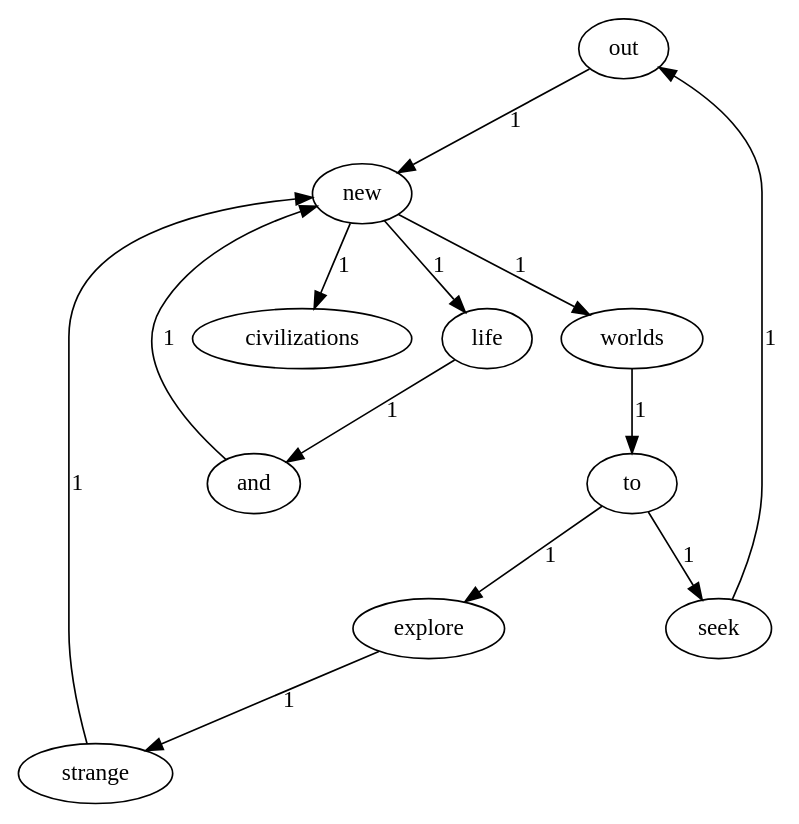
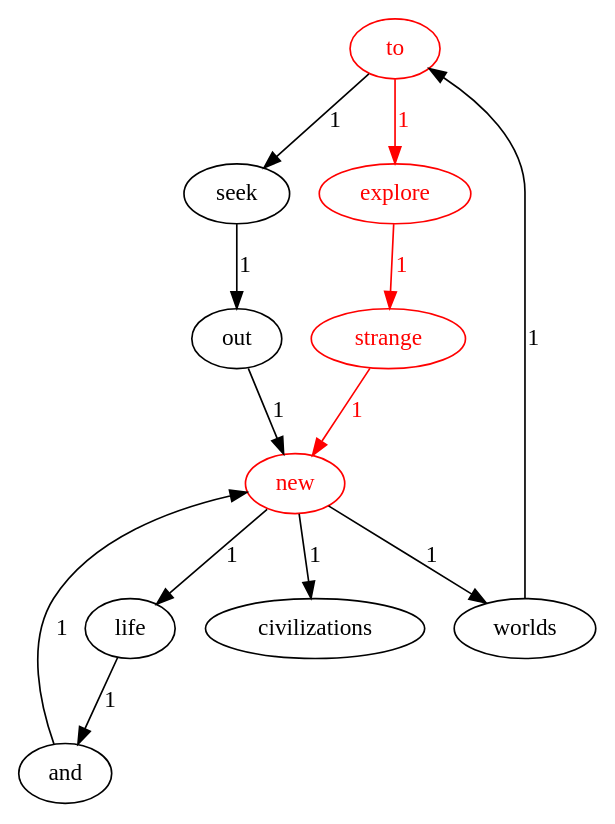
The diagram in directed-graph.dot (Moonlight0124/Lab1-2021111902), drawn with Graphviz before and after one commit. The commit also changed 5 other files, not shown here.

```diff
--- a/directed-graph.dot
+++ b/directed-graph.dot
@@ -1,24 +1,24 @@
 digraph G {
+    "to" [color="red", fontcolor="red"];
+    "strange" [color="red", fontcolor="red"];
+    "life";
+    "and";
+    "civilizations";
+    "new" [color="red", fontcolor="red"];
+    "seek";
     "out";
-    "new";
-    "to";
-    "life";
+    "explore" [color="red", fontcolor="red"];
     "worlds";
-    "explore";
-    "civilizations";
-    "seek";
-    "strange";
-    "and";
+    "to" -> "seek" [label="1"];
+    "to" -> "explore" [label="1", color="red", fontcolor="red"];
+    "strange" -> "new" [label="1", color="red", fontcolor="red"];
+    "life" -> "and" [label="1"];
+    "and" -> "new" [label="1"];
+    "new" -> "life" [label="1"];
+    "new" -> "civilizations" [label="1"];
+    "new" -> "worlds" [label="1"];
+    "seek" -> "out" [label="1"];
     "out" -> "new" [label="1"];
-    "new" -> "life" [label="1"];
-    "new" -> "worlds" [label="1"];
-    "new" -> "civilizations" [label="1"];
-    "to" -> "explore" [label="1"];
-    "to" -> "seek" [label="1"];
-    "life" -> "and" [label="1"];
+    "explore" -> "strange" [label="1", color="red", fontcolor="red"];
     "worlds" -> "to" [label="1"];
-    "explore" -> "strange" [label="1"];
-    "seek" -> "out" [label="1"];
-    "strange" -> "new" [label="1"];
-    "and" -> "new" [label="1"];
 }
```
